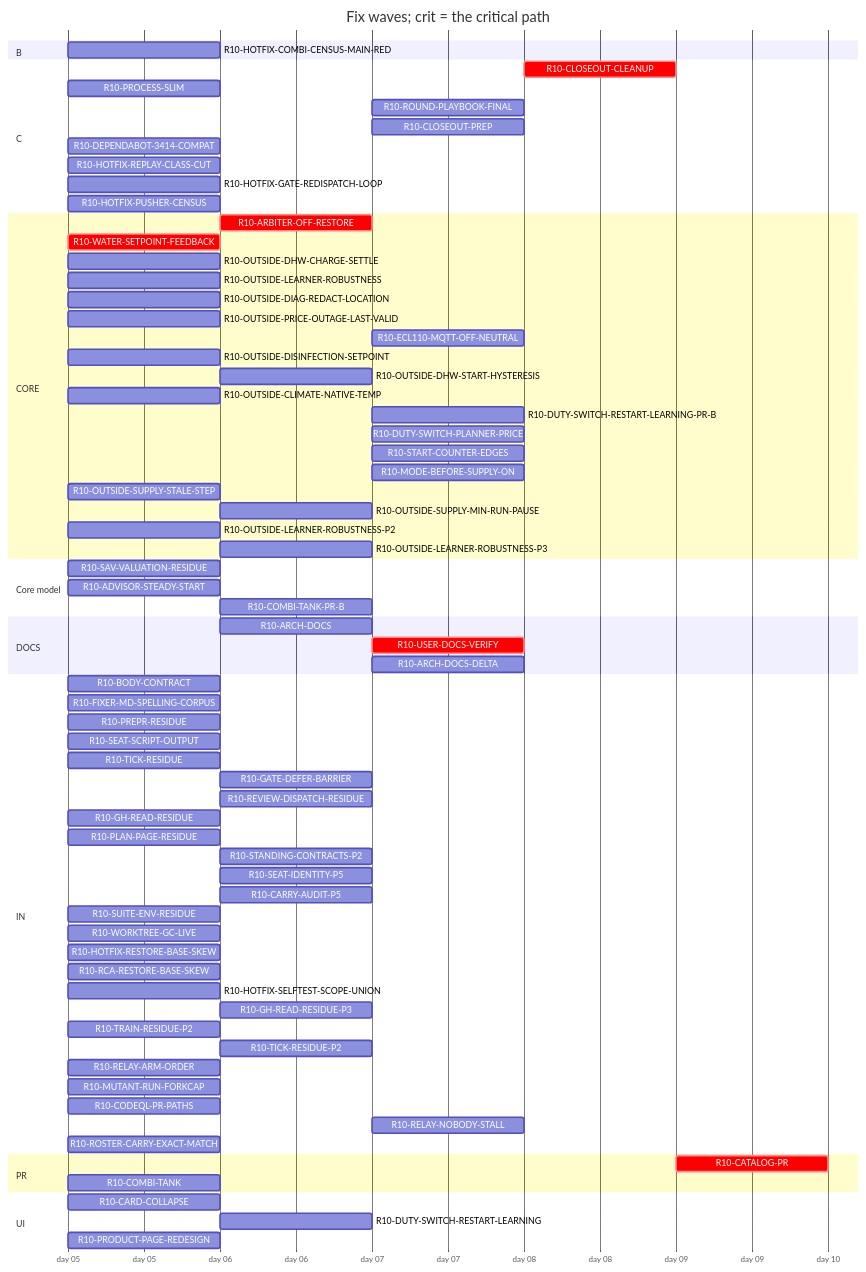
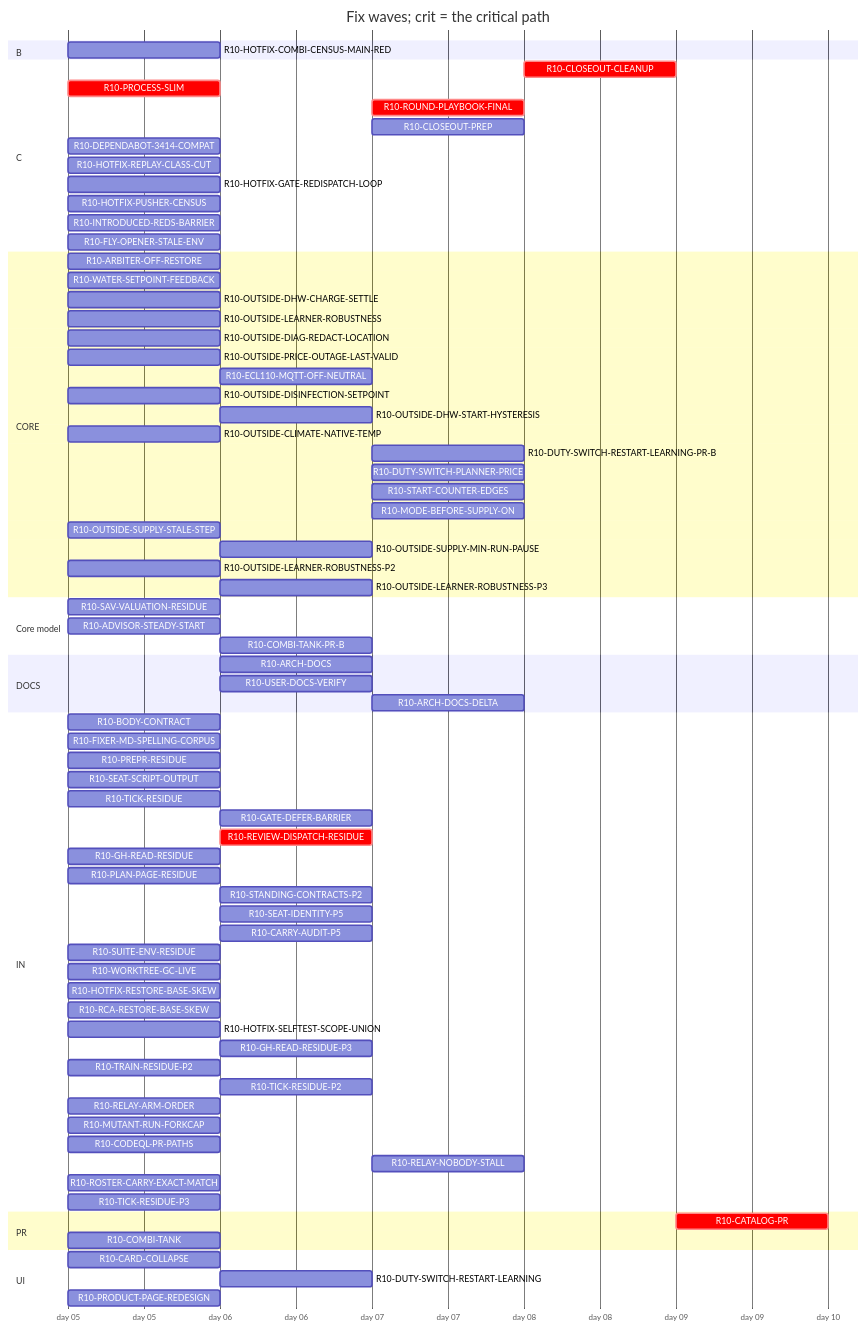
One commit to tvofi/heatpump_optimizer changed the diagram in handoff/round10/state/PLAN-TABLE.md. Above: the diagram before and after it, drawn with Mermaid. The commit also changed other lines of this file and 3 other files, not shown here.

Commit message:
state: FLOW-BOARD.md, NEXT-SESSION-PROMPT.md, PLAN-TABLE.md, RESUME-CURRENT.md regenerated (state_docs.py)

````diff
--- a/handoff/round10/state/PLAN-TABLE.md
+++ b/handoff/round10/state/PLAN-TABLE.md
@@ -21,77 +21,80 @@
 ```mermaid
 gantt
   title Fix waves; crit = the critical path
   dateFormat YYYY-MM-DD
   axisFormat day %d
   section B
     R10-HOTFIX-COMBI-CENSUS-MAIN-RED :r10HOTFIXCOMBICENSUSMAINRED, 2026-01-05, 1d
   section C
     R10-CLOSEOUT-CLEANUP :crit, r10CLOSEOUTCLEANUP, after r10ARCHDOCS r10USERDOCSVERIFY r10ROUNDPLAYBOOKFINAL r10CLOSEOUTPREP r10ARCHDOCSDELTA, 1d
-    R10-PROCESS-SLIM :r10PROCESSSLIM, 2026-01-05, 1d
-    R10-ROUND-PLAYBOOK-FINAL :r10ROUNDPLAYBOOKFINAL, after r10BODYCONTRACT r10PROCESSSLIM r10FIXERMDSPELLINGCORPUS r10PREPRRESIDUE r10SEATSCRIPTOUTPUT r10REVIEWDISPATCHRESIDUE r10CARRYAUDITP5 r10TICKRESIDUE r10SEATIDENTITYP5 r10STANDINGCONTRACTSP2 r10PLANPAGERESIDUE r10GHREADRESIDUE r10SUITEENVRESIDUE r10GATEDEFERBARRIER r10WORKTREEGCLIVE, 1d
+    R10-PROCESS-SLIM :crit, r10PROCESSSLIM, 2026-01-05, 1d
+    R10-ROUND-PLAYBOOK-FINAL :crit, r10ROUNDPLAYBOOKFINAL, after r10BODYCONTRACT r10PROCESSSLIM r10FIXERMDSPELLINGCORPUS r10PREPRRESIDUE r10SEATSCRIPTOUTPUT r10REVIEWDISPATCHRESIDUE r10CARRYAUDITP5 r10TICKRESIDUE r10SEATIDENTITYP5 r10STANDINGCONTRACTSP2 r10PLANPAGERESIDUE r10GHREADRESIDUE r10SUITEENVRESIDUE r10GATEDEFERBARRIER r10WORKTREEGCLIVE, 1d
     R10-CLOSEOUT-PREP :r10CLOSEOUTPREP, after r10ARCHDOCS r10BODYCONTRACT r10PROCESSSLIM r10FIXERMDSPELLINGCORPUS r10PREPRRESIDUE r10SEATSCRIPTOUTPUT r10REVIEWDISPATCHRESIDUE r10CARRYAUDITP5 r10TICKRESIDUE r10SEATIDENTITYP5 r10STANDINGCONTRACTSP2 r10PLANPAGERESIDUE r10GHREADRESIDUE r10SUITEENVRESIDUE r10GATEDEFERBARRIER r10WORKTREEGCLIVE, 1d
     R10-DEPENDABOT-3414-COMPAT :r10DEPENDABOT3414COMPAT, 2026-01-05, 1d
     R10-HOTFIX-REPLAY-CLASS-CUT :r10HOTFIXREPLAYCLASSCUT, 2026-01-05, 1d
     R10-HOTFIX-GATE-REDISPATCH-LOOP :r10HOTFIXGATEREDISPATCHLOOP, 2026-01-05, 1d
     R10-HOTFIX-PUSHER-CENSUS :r10HOTFIXPUSHERCENSUS, 2026-01-05, 1d
+    R10-INTRODUCED-REDS-BARRIER :r10INTRODUCEDREDSBARRIER, 2026-01-05, 1d
+    R10-FLY-OPENER-STALE-ENV :r10FLYOPENERSTALEENV, 2026-01-05, 1d
   section CORE
-    R10-ARBITER-OFF-RESTORE :crit, r10ARBITEROFFRESTORE, after r10WATERSETPOINTFEEDBACK, 1d
-    R10-WATER-SETPOINT-FEEDBACK :crit, r10WATERSETPOINTFEEDBACK, 2026-01-05, 1d
+    R10-ARBITER-OFF-RESTORE :r10ARBITEROFFRESTORE, 2026-01-05, 1d
+    R10-WATER-SETPOINT-FEEDBACK :r10WATERSETPOINTFEEDBACK, 2026-01-05, 1d
     R10-OUTSIDE-DHW-CHARGE-SETTLE :r10OUTSIDEDHWCHARGESETTLE, 2026-01-05, 1d
     R10-OUTSIDE-LEARNER-ROBUSTNESS :r10OUTSIDELEARNERROBUSTNESS, 2026-01-05, 1d
     R10-OUTSIDE-DIAG-REDACT-LOCATION :r10OUTSIDEDIAGREDACTLOCATION, 2026-01-05, 1d
     R10-OUTSIDE-PRICE-OUTAGE-LAST-VALID :r10OUTSIDEPRICEOUTAGELASTVALID, 2026-01-05, 1d
     R10-ECL110-MQTT-OFF-NEUTRAL :r10ECL110MQTTOFFNEUTRAL, after r10ARBITEROFFRESTORE, 1d
     R10-OUTSIDE-DISINFECTION-SETPOINT :r10OUTSIDEDISINFECTIONSETPOINT, 2026-01-05, 1d
     R10-OUTSIDE-DHW-START-HYSTERESIS :r10OUTSIDEDHWSTARTHYSTERESIS, after r10OUTSIDEDISINFECTIONSETPOINT, 1d
     R10-OUTSIDE-CLIMATE-NATIVE-TEMP :r10OUTSIDECLIMATENATIVETEMP, 2026-01-05, 1d
     R10-DUTY-SWITCH-RESTART-LEARNING-PR-B :r10DUTYSWITCHRESTARTLEARNINGPRB, after r10DUTYSWITCHRESTARTLEARNING, 1d
     R10-DUTY-SWITCH-PLANNER-PRICE :r10DUTYSWITCHPLANNERPRICE, after r10DUTYSWITCHRESTARTLEARNING, 1d
     R10-START-COUNTER-EDGES :r10STARTCOUNTEREDGES, after r10DUTYSWITCHRESTARTLEARNING, 1d
     R10-MODE-BEFORE-SUPPLY-ON :r10MODEBEFORESUPPLYON, after r10DUTYSWITCHRESTARTLEARNING, 1d
     R10-OUTSIDE-SUPPLY-STALE-STEP :r10OUTSIDESUPPLYSTALESTEP, 2026-01-05, 1d
     R10-OUTSIDE-SUPPLY-MIN-RUN-PAUSE :r10OUTSIDESUPPLYMINRUNPAUSE, after r10OUTSIDESUPPLYSTALESTEP, 1d
     R10-OUTSIDE-LEARNER-ROBUSTNESS-P2 :r10OUTSIDELEARNERROBUSTNESSP2, 2026-01-05, 1d
     R10-OUTSIDE-LEARNER-ROBUSTNESS-P3 :r10OUTSIDELEARNERROBUSTNESSP3, after r10OUTSIDELEARNERROBUSTNESS r10OUTSIDELEARNERROBUSTNESSP2, 1d
   section Core model
     R10-SAV-VALUATION-RESIDUE :r10SAVVALUATIONRESIDUE, 2026-01-05, 1d
     R10-ADVISOR-STEADY-START :r10ADVISORSTEADYSTART, 2026-01-05, 1d
     R10-COMBI-TANK-PR-B :r10COMBITANKPRB, after r10COMBITANK, 1d
   section DOCS
     R10-ARCH-DOCS :r10ARCHDOCS, after r10BODYCONTRACT r10PROCESSSLIM, 1d
-    R10-USER-DOCS-VERIFY :crit, r10USERDOCSVERIFY, after r10ARBITEROFFRESTORE r10COMBITANK r10PRODUCTPAGEREDESIGN, 1d
+    R10-USER-DOCS-VERIFY :r10USERDOCSVERIFY, after r10ARBITEROFFRESTORE r10COMBITANK r10PRODUCTPAGEREDESIGN, 1d
     R10-ARCH-DOCS-DELTA :r10ARCHDOCSDELTA, after r10ARCHDOCS r10ARBITEROFFRESTORE r10COMBITANK r10SAVVALUATIONRESIDUE r10ADVISORSTEADYSTART r10COMBITANKPRB, 1d
   section IN
     R10-BODY-CONTRACT :r10BODYCONTRACT, 2026-01-05, 1d
     R10-FIXER-MD-SPELLING-CORPUS :r10FIXERMDSPELLINGCORPUS, 2026-01-05, 1d
     R10-PREPR-RESIDUE :r10PREPRRESIDUE, 2026-01-05, 1d
     R10-SEAT-SCRIPT-OUTPUT :r10SEATSCRIPTOUTPUT, 2026-01-05, 1d
     R10-TICK-RESIDUE :r10TICKRESIDUE, 2026-01-05, 1d
     R10-GATE-DEFER-BARRIER :r10GATEDEFERBARRIER, after r10TICKRESIDUE, 1d
-    R10-REVIEW-DISPATCH-RESIDUE :r10REVIEWDISPATCHRESIDUE, after r10PROCESSSLIM, 1d
+    R10-REVIEW-DISPATCH-RESIDUE :crit, r10REVIEWDISPATCHRESIDUE, after r10PROCESSSLIM, 1d
     R10-GH-READ-RESIDUE :r10GHREADRESIDUE, 2026-01-05, 1d
     R10-PLAN-PAGE-RESIDUE :r10PLANPAGERESIDUE, 2026-01-05, 1d
     R10-STANDING-CONTRACTS-P2 :r10STANDINGCONTRACTSP2, after r10FIXERMDSPELLINGCORPUS, 1d
     R10-SEAT-IDENTITY-P5 :r10SEATIDENTITYP5, after r10TICKRESIDUE, 1d
     R10-CARRY-AUDIT-P5 :r10CARRYAUDITP5, after r10BODYCONTRACT, 1d
     R10-SUITE-ENV-RESIDUE :r10SUITEENVRESIDUE, 2026-01-05, 1d
     R10-WORKTREE-GC-LIVE :r10WORKTREEGCLIVE, 2026-01-05, 1d
     R10-HOTFIX-RESTORE-BASE-SKEW :r10HOTFIXRESTOREBASESKEW, 2026-01-05, 1d
     R10-RCA-RESTORE-BASE-SKEW :r10RCARESTOREBASESKEW, 2026-01-05, 1d
     R10-HOTFIX-SELFTEST-SCOPE-UNION :r10HOTFIXSELFTESTSCOPEUNION, 2026-01-05, 1d
     R10-GH-READ-RESIDUE-P3 :r10GHREADRESIDUEP3, after r10TICKRESIDUE r10GHREADRESIDUE, 1d
     R10-TRAIN-RESIDUE-P2 :r10TRAINRESIDUEP2, 2026-01-05, 1d
     R10-TICK-RESIDUE-P2 :r10TICKRESIDUEP2, after r10TICKRESIDUE, 1d
     R10-RELAY-ARM-ORDER :r10RELAYARMORDER, 2026-01-05, 1d
     R10-MUTANT-RUN-FORKCAP :r10MUTANTRUNFORKCAP, 2026-01-05, 1d
     R10-CODEQL-PR-PATHS :r10CODEQLPRPATHS, 2026-01-05, 1d
     R10-RELAY-NOBODY-STALL :r10RELAYNOBODYSTALL, after r10RELAYARMORDER r10REVIEWDISPATCHRESIDUE, 1d
     R10-ROSTER-CARRY-EXACT-MATCH :r10ROSTERCARRYEXACTMATCH, 2026-01-05, 1d
+    R10-TICK-RESIDUE-P3 :r10TICKRESIDUEP3, 2026-01-05, 1d
   section PR
     R10-CATALOG-PR :crit, r10CATALOGPR, after r10USERDOCSVERIFY r10ARCHDOCS r10ROUNDPLAYBOOKFINAL r10CLOSEOUTCLEANUP r10CLOSEOUTPREP r10ARCHDOCSDELTA, 1d
     R10-COMBI-TANK :r10COMBITANK, 2026-01-05, 1d
   section UI
     R10-CARD-COLLAPSE :r10CARDCOLLAPSE, 2026-01-05, 1d
     R10-DUTY-SWITCH-RESTART-LEARNING :r10DUTYSWITCHRESTARTLEARNING, after r10WATERSETPOINTFEEDBACK, 1d
     R10-PRODUCT-PAGE-REDESIGN :r10PRODUCTPAGEREDESIGN, 2026-01-05, 1d
 ```
````
